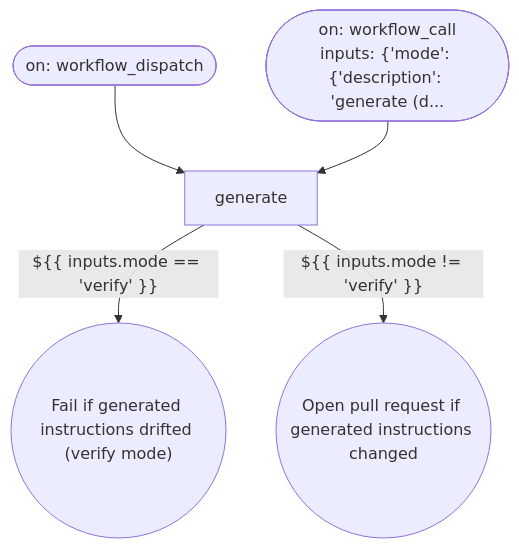
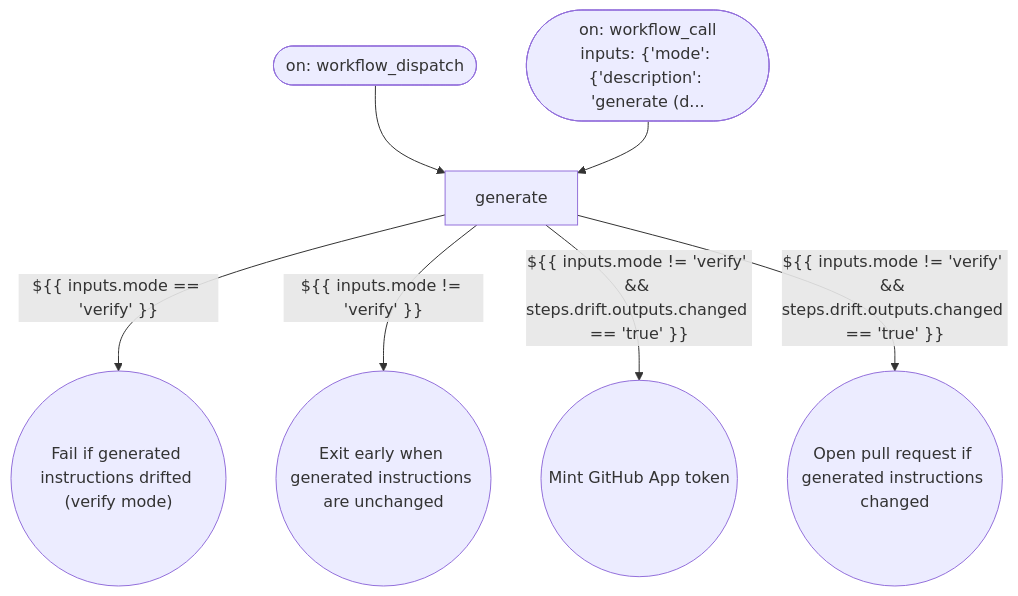
One commit to tvna/claude-md changed the diagram in docs/generated/workflows/generate-agents-if-branches.md. Above: the diagram before and after it, drawn with Mermaid. The commit also changed 13 other files, not shown here.

````diff
--- a/docs/generated/workflows/generate-agents-if-branches.md
+++ b/docs/generated/workflows/generate-agents-if-branches.md
@@ -5,15 +5,19 @@
 ```mermaid
 flowchart TD
 
     T_workflow_dispatch(["on: workflow_dispatch"])
     T_workflow_call(["on: workflow_call\ninputs: {'mode': {'description': 'generate (d..."])
 
     J_generate["generate"]
     S_J_generate_0(("Fail if generated instructions drifted (verify mode)"))
-    S_J_generate_1(("Open pull request if generated instructions changed"))
+    S_J_generate_1(("Exit early when generated instructions are unchanged"))
+    S_J_generate_2(("Mint GitHub App token"))
+    S_J_generate_3(("Open pull request if generated instructions changed"))
 
     T_workflow_dispatch --> J_generate
     T_workflow_call --> J_generate
     J_generate -->|"${{ inputs.mode == 'verify' }}"| S_J_generate_0
     J_generate -->|"${{ inputs.mode != 'verify' }}"| S_J_generate_1
+    J_generate -->|"${{ inputs.mode != 'verify' && steps.drift.outputs.changed == 'true' }}"| S_J_generate_2
+    J_generate -->|"${{ inputs.mode != 'verify' && steps.drift.outputs.changed == 'true' }}"| S_J_generate_3
 ```
````
